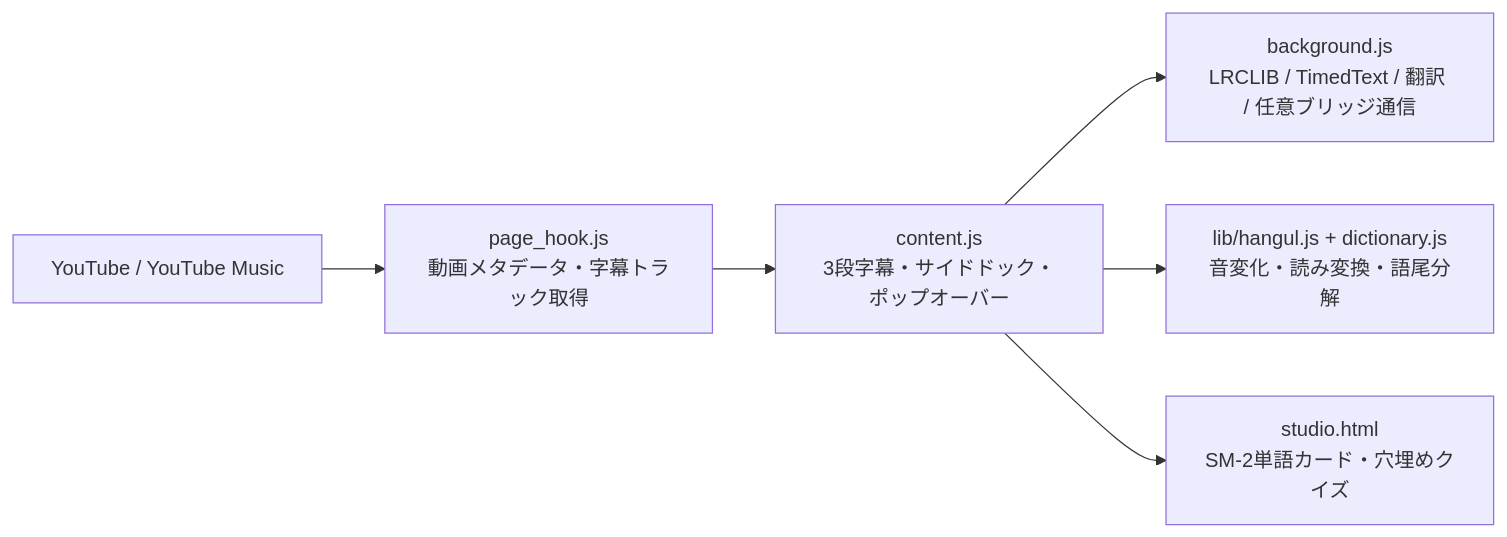
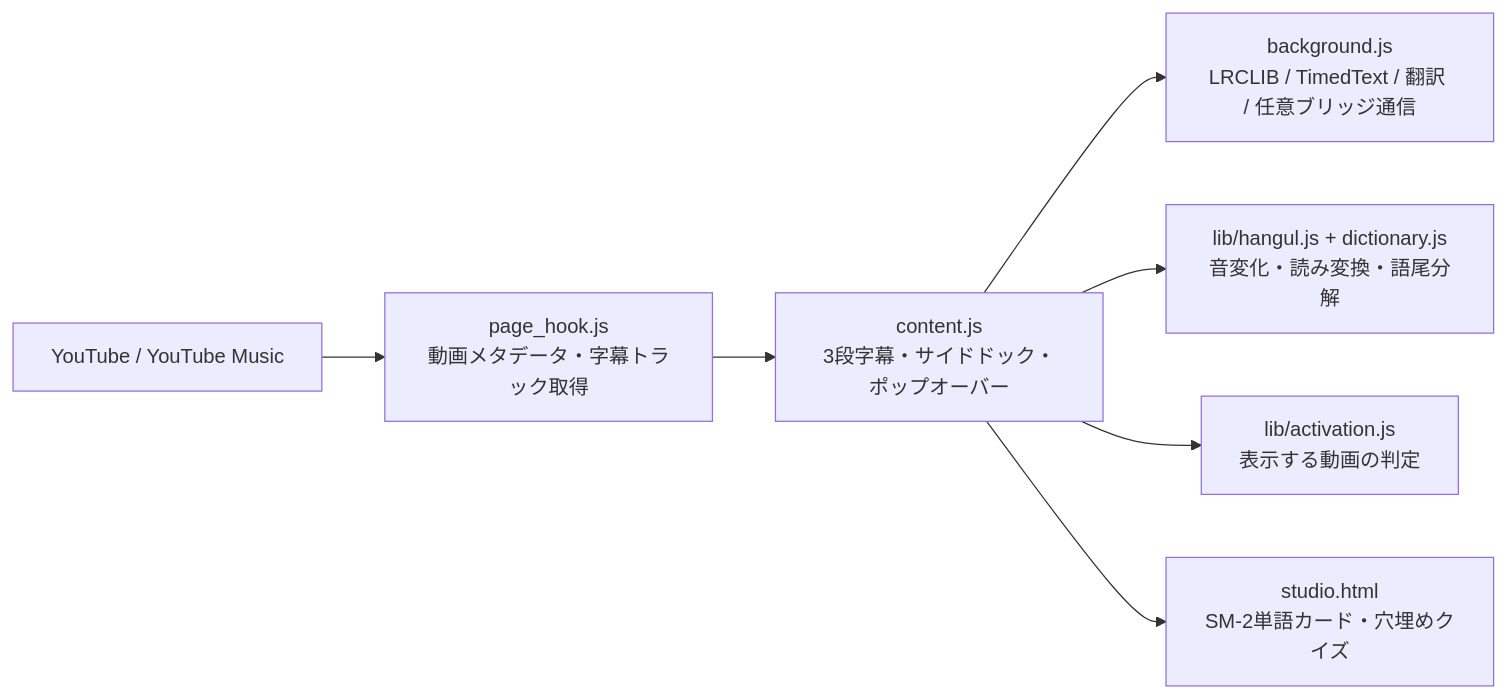
One commit to sp9r/k-lyric-studio changed the diagram in README.md. Above: the diagram before and after it, drawn with Mermaid. The commit also changed other lines of this file and 12 other files, not shown here.

````diff
--- a/README.md
+++ b/README.md
@@ -34,8 +44,9 @@
 ```mermaid
 flowchart LR
     YT["YouTube / YouTube Music"] --> PH["page_hook.js<br/>動画メタデータ・字幕トラック取得"]
     PH --> CS["content.js<br/>3段字幕・サイドドック・ポップオーバー"]
     CS --> BG["background.js<br/>LRCLIB / TimedText / 翻訳 / 任意ブリッジ通信"]
     CS --> ENG["lib/hangul.js + dictionary.js<br/>音変化・読み変換・語尾分解"]
+    CS --> ACT["lib/activation.js<br/>表示する動画の判定"]
     CS --> ST["studio.html<br/>SM-2単語カード・穴埋めクイズ"]
 ```
````
